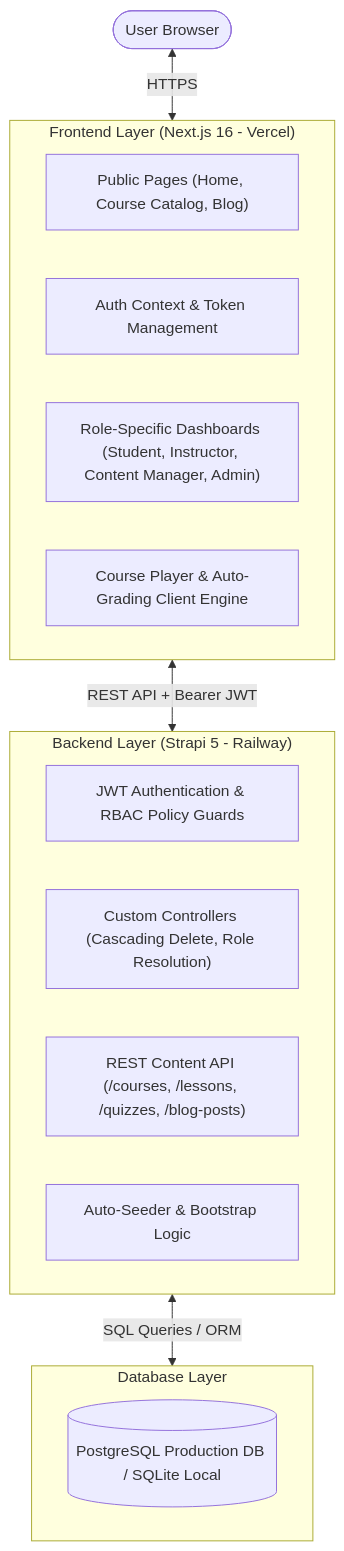
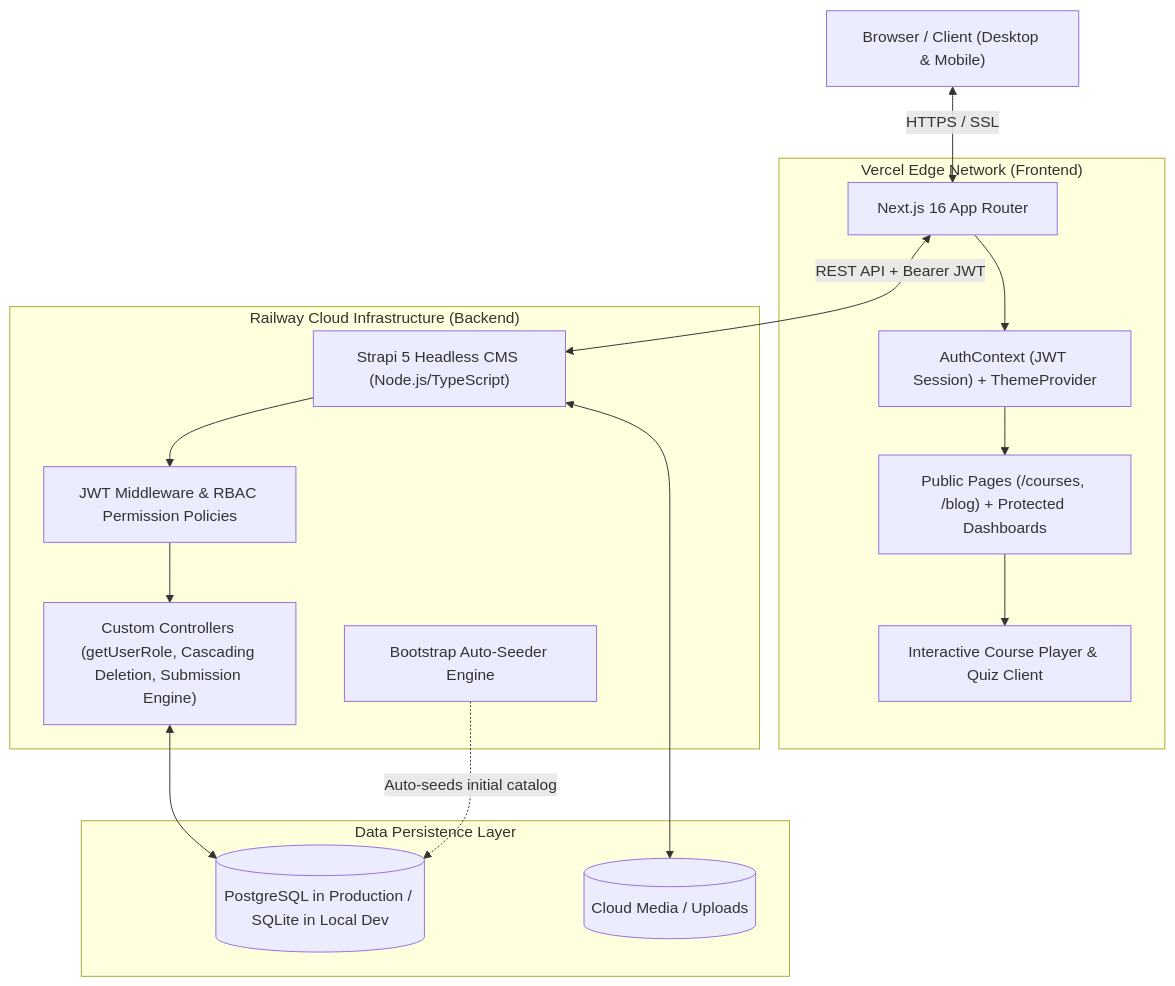
One commit to SnoOpWo0t/Learning-Management-System-LMS- changed the first of 7 diagrams in README.md. Above: the diagram before and after it, drawn with Mermaid. The commit also changed other lines of this file, not shown here.

Commit message:
docs: add visual architecture diagrams, ER model, auth sequence, and role-by-role workflow guides to README

````diff
--- a/README.md
+++ b/README.md
@@ -45,26 +45,34 @@
 ```mermaid
 graph TD
-    User([User Browser])
-    
-    subgraph Frontend ["Frontend Layer (Next.js 16 - Vercel)"]
-        PublicPages["Public Pages (Home, Course Catalog, Blog)"]
-        AuthContext["Auth Context & Token Management"]
-        ProtectedDashboards["Role-Specific Dashboards (Student, Instructor, Content Manager, Admin)"]
-        PlayerEngine["Course Player & Auto-Grading Client Engine"]
+    Client["Browser / Client (Desktop & Mobile)"]
+
+    subgraph Vercel ["Vercel Edge Network (Frontend)"]
+        NextApp["Next.js 16 App Router"]
+        ThemeAuth["AuthContext (JWT Session) + ThemeProvider"]
+        PageViews["Public Pages (/courses, /blog) + Protected Dashboards"]
+        Player["Interactive Course Player & Quiz Client"]
     end
 
-    subgraph Backend ["Backend Layer (Strapi 5 - Railway)"]
-        AuthMiddleware["JWT Authentication & RBAC Policy Guards"]
-        CoreControllers["Custom Controllers (Cascading Delete, Role Resolution)"]
-        ContentAPI["REST Content API (/courses, /lessons, /quizzes, /blog-posts)"]
-        BootstrapEngine["Auto-Seeder & Bootstrap Logic"]
+    subgraph Railway ["Railway Cloud Infrastructure (Backend)"]
+        StrapiAPI["Strapi 5 Headless CMS (Node.js/TypeScript)"]
+        AuthGuards["JWT Middleware & RBAC Permission Policies"]
+        Controllers["Custom Controllers (getUserRole, Cascading Deletion, Submission Engine)"]
+        AutoSeeder["Bootstrap Auto-Seeder Engine"]
     end
 
-    subgraph Database ["Database Layer"]
-        Postgres[(PostgreSQL Production DB / SQLite Local)]
+    subgraph DatabaseLayer ["Data Persistence Layer"]
+        DB[(PostgreSQL in Production / SQLite in Local Dev)]
+        Media[(Cloud Media / Uploads)]
     end
 
-    User <-->|HTTPS| Frontend
-    Frontend <-->|REST API + Bearer JWT| Backend
-    Backend <-->|SQL Queries / ORM| Database
+    Client <-->|HTTPS / SSL| NextApp
+    NextApp --> ThemeAuth
+    ThemeAuth --> PageViews
+    PageViews --> Player
+    NextApp <-->|REST API + Bearer JWT| StrapiAPI
+    StrapiAPI --> AuthGuards
+    AuthGuards --> Controllers
+    Controllers <--> DB
+    AutoSeeder -.->|Auto-seeds initial catalog| DB
+    StrapiAPI <--> Media
 ```
````
